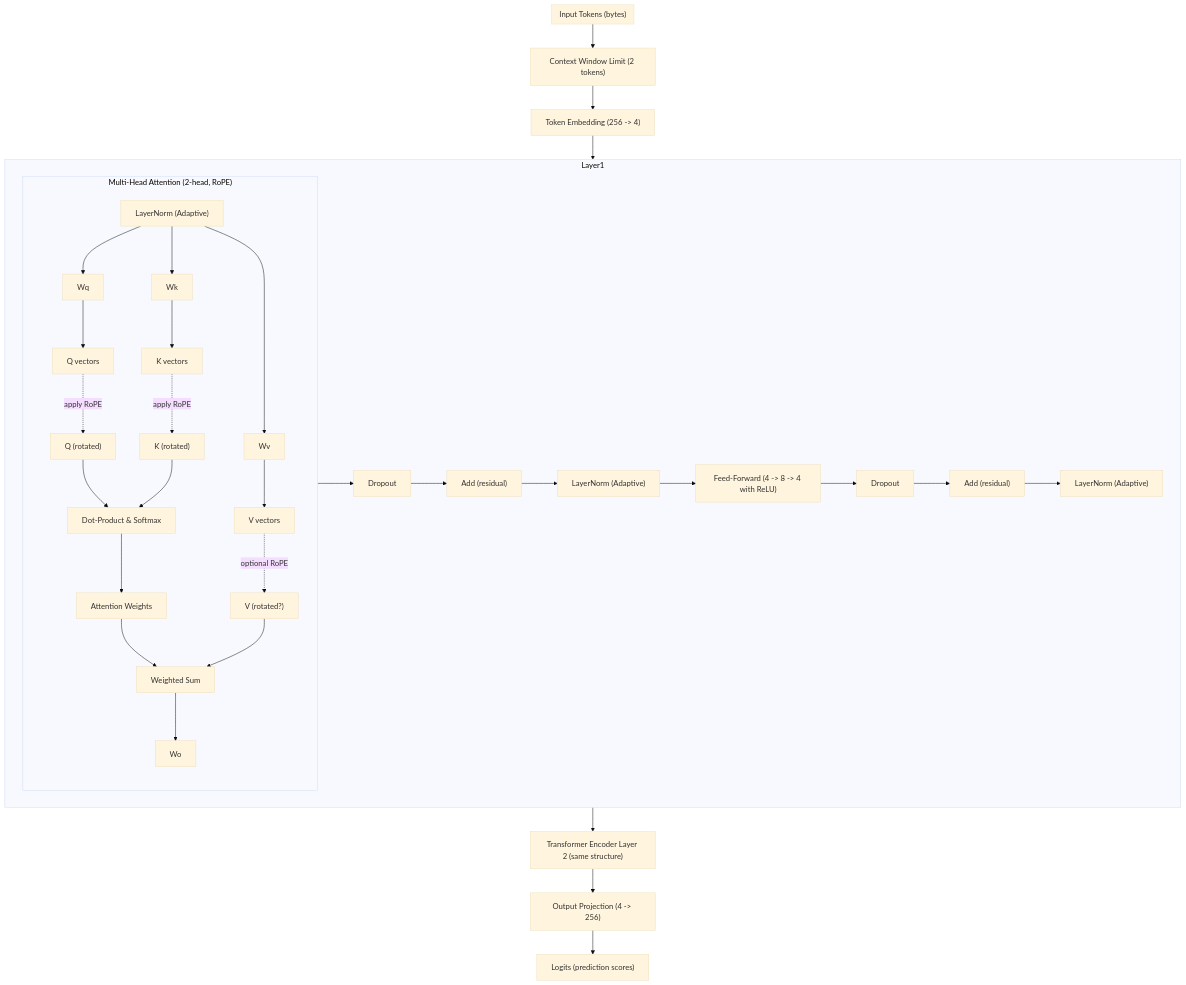
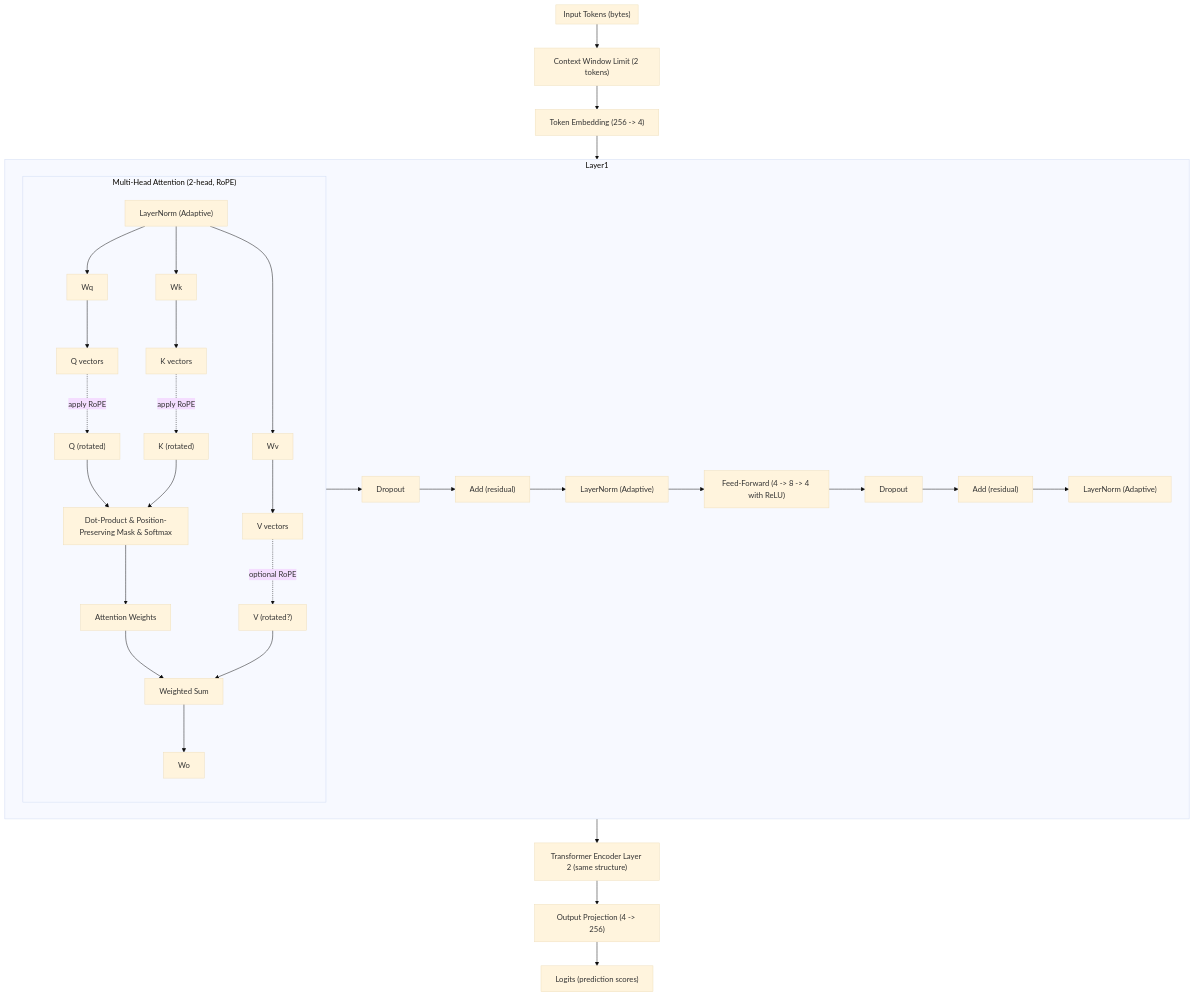
Before and after one commit to tcotten-scrypted/autonomous-virtual-beings: the first of 2 diagrams in code/fl/docs/model_architecture.md, drawn with Mermaid (base theme). The commit also changed other lines of this file and 8 other files, not shown here.

````diff
--- a/code/fl/docs/model_architecture.md
+++ b/code/fl/docs/model_architecture.md
@@ -97,42 +97,42 @@
 ```mermaid
 flowchart TD
     subgraph Input_Sequence["Input Tokens (bytes)"]
     end
     Input_Sequence --> ContextLimit["Context Window Limit (2 tokens)"]
     ContextLimit --> Embedding["Token Embedding (256 -> 4)"]
     Embedding --> Layer1["Transformer Encoder Layer 1"]
     
     subgraph Layer1
         direction LR
         subgraph MHA1["Multi-Head Attention (2-head, RoPE)"]
             direction TB
             LN1a["LayerNorm (Adaptive)"] --> Q1["Wq"]
             LN1a --> K1["Wk"]
             LN1a --> V1["Wv"]
             Q1 --> Q1_vec["Q vectors"]
             K1 --> K1_vec["K vectors"]
             V1 --> V1_vec["V vectors"]
             Q1_vec -. "apply RoPE" .-> Q1_rope["Q (rotated)"]
             K1_vec -. "apply RoPE" .-> K1_rope["K (rotated)"]
             V1_vec -. "optional RoPE" .-> V1_rope["V (rotated?)"]
-            Q1_rope --> AttnScores1["Dot-Product & Softmax"]
+            Q1_rope --> AttnScores1["Dot-Product & Position-Preserving Mask & Softmax"]
             K1_rope --> AttnScores1
             AttnScores1 --> AttnWeights["Attention Weights"]
             AttnWeights --> AttnOut1["Weighted Sum"]
             V1_rope --> AttnOut1
             AttnOut1 --> OutProj1["Wo"]
         end
         
         OutProj1 --> Dropout1["Dropout"]
         Dropout1 --> AddRes1["Add (residual)"]
         AddRes1 --> LN2["LayerNorm (Adaptive)"]
         LN2 --> FFN1["Feed-Forward (4 -> 8 -> 4 with ReLU)"]
         FFN1 --> Dropout2["Dropout"]
         Dropout2 --> AddRes2["Add (residual)"]
         AddRes2 --> LN3["LayerNorm (Adaptive)"]
     end
     
     Layer1 --> Layer2["Transformer Encoder Layer 2 (same structure)"]
     Layer2 --> OutputProj["Output Projection (4 -> 256)"]
     OutputProj --> Logits["Logits (prediction scores)"]
 ```
````
